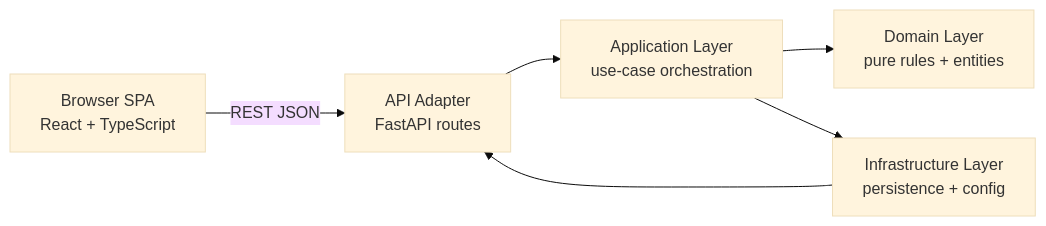
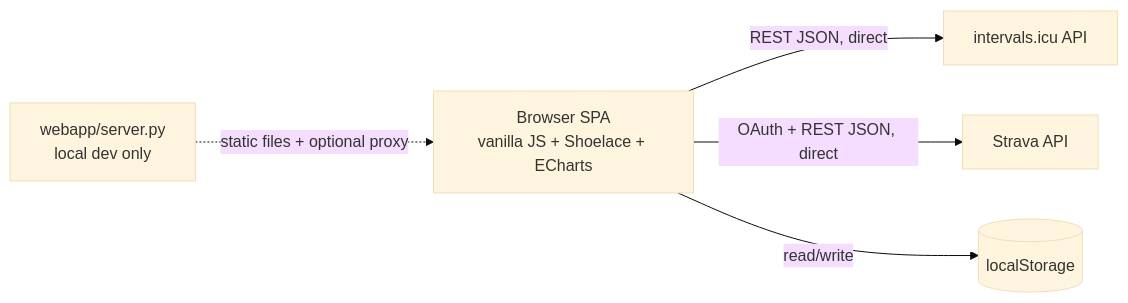
One commit to oliver-koeth/intervals-spa changed the diagram in docs/ARCHITECTURE.md. Above: the diagram before and after it, drawn with Mermaid (base theme). The commit also changed other lines of this file and 90 other files, not shown here.

````diff
--- a/docs/ARCHITECTURE.md
+++ b/docs/ARCHITECTURE.md
@@ -24,8 +30,7 @@
 ```mermaid
 flowchart LR
-  BROWSER[Browser SPA\nReact + TypeScript] -->|REST JSON| API[API Adapter\nFastAPI routes]
-  API --> APP[Application Layer\nuse-case orchestration]
-  APP --> DOM[Domain Layer\npure rules + entities]
-  APP --> INF[Infrastructure Layer\npersistence + config]
-  INF --> API
+  BROWSER[Browser SPA\nvanilla JS + Shoelace + ECharts] -->|REST JSON, direct| ICU[intervals.icu API]
+  BROWSER -->|OAuth + REST JSON, direct| STRAVA[Strava API]
+  BROWSER -->|read/write| LS[(localStorage)]
+  DEV[webapp/server.py\nlocal dev only] -.->|static files + optional proxy| BROWSER
 ```
````
